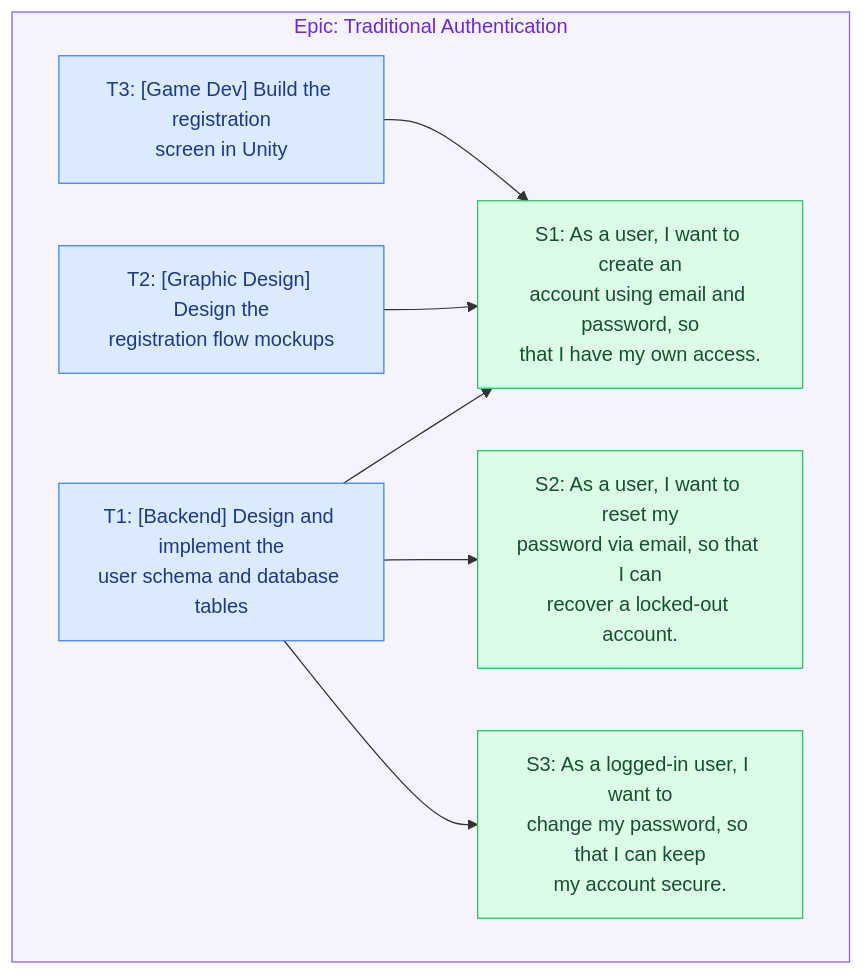
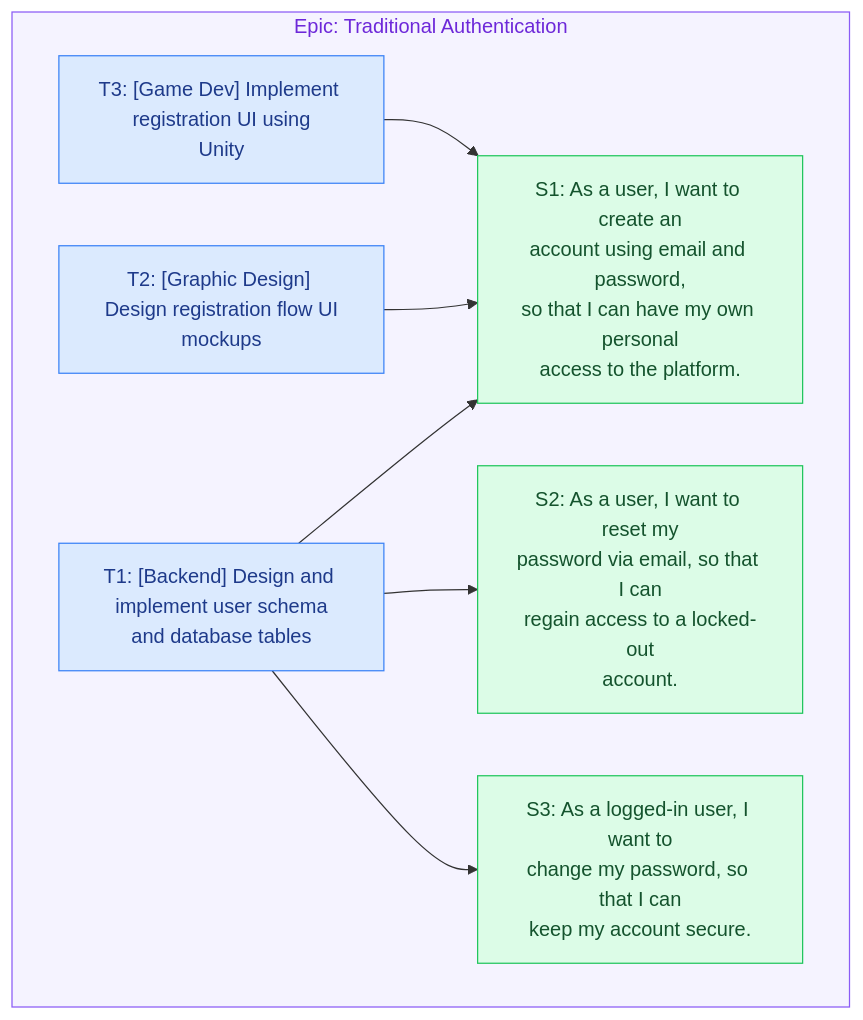
One commit to mfozmen/groomie changed the diagram in skills/groomie/references/examples.md. Above: the diagram before and after it, drawn with Mermaid. The commit also changed other lines of this file and 1 other file, not shown here.

Commit message:
docs(groomie): regenerate mermaid examples from canonical titles
Pre-push panel round 2:
- NEW1: the worked mermaid labels paraphrased the titles instead of quoting
  them. Regenerated both blocks from the verbatim titles the same file already
  defines — the guide's diagram now mirrors its JSON-graph example node-for-node
  (S1/T1/B1), and examples.md reuses its own story/task titles.
- Q1: the <br/> breaks didn't match greedy wrap(text,34); recomputed them
  mechanically so the example matches the algorithm it cites.
- Q2: updated the --estimate mode example from the old short gist to a full
  wrapped title with the trailing (5).
- N1: step 4 now carves out the epic subgraph title at ~80 chars
  (wrap(epic.title,80)), not ~34 like item nodes.

````diff
--- a/skills/groomie/references/examples.md
+++ b/skills/groomie/references/examples.md
@@ -212,21 +213,21 @@
 ```mermaid
 flowchart TD
   subgraph epic1["Epic: Traditional Authentication"]
-    S1["S1: As a user, I want to create an<br/>account using email and password, so<br/>that I have my own access."]
-    S2["S2: As a user, I want to reset my<br/>password via email, so that I can<br/>recover a locked-out account."]
-    S3["S3: As a logged-in user, I want to<br/>change my password, so that I can keep<br/>my account secure."]
-    T1["T1: [Backend] Design and implement the<br/>user schema and database tables"]
-    T2["T2: [Graphic Design] Design the<br/>registration flow mockups"]
-    T3["T3: [Game Dev] Build the registration<br/>screen in Unity"]
+    S1["S1: As a user, I want to create an<br/>account using email and password,<br/>so that I can have my own personal<br/>access to the platform."]
+    S2["S2: As a user, I want to reset my<br/>password via email, so that I can<br/>regain access to a locked-out<br/>account."]
+    S3["S3: As a logged-in user, I want to<br/>change my password, so that I can<br/>keep my account secure."]
+    T1["T1: [Backend] Design and implement user schema<br/>and database tables"]
+    T2["T2: [Graphic Design] Design registration flow UI<br/>mockups"]
+    T3["T3: [Game Dev] Implement registration UI using<br/>Unity"]
   end
   T1 --> S1
   T1 --> S2
   T1 --> S3
   T2 --> S1
   T3 --> S1
   classDef story fill:#dcfce7,stroke:#22c55e,color:#14532d;
   classDef task  fill:#dbeafe,stroke:#3b82f6,color:#1e3a8a;
   class S1,S2,S3 story;
   class T1,T2,T3 task;
   style epic1 fill:#f5f3ff,stroke:#8b5cf6,color:#6d28d9;
 ```
````
